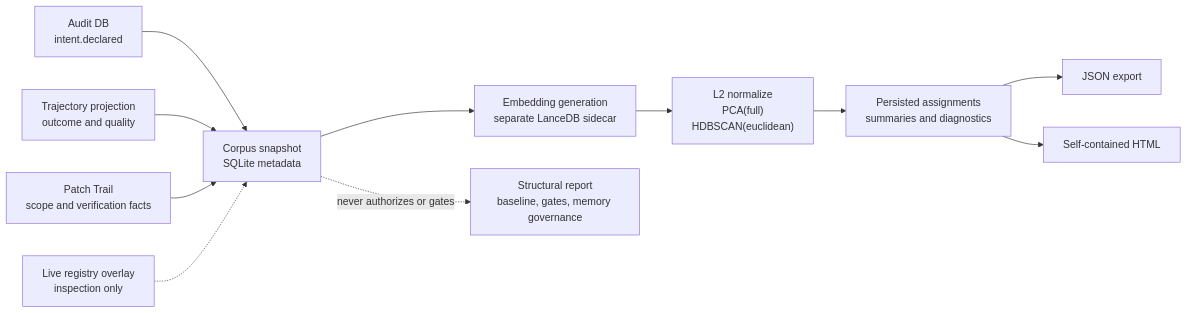
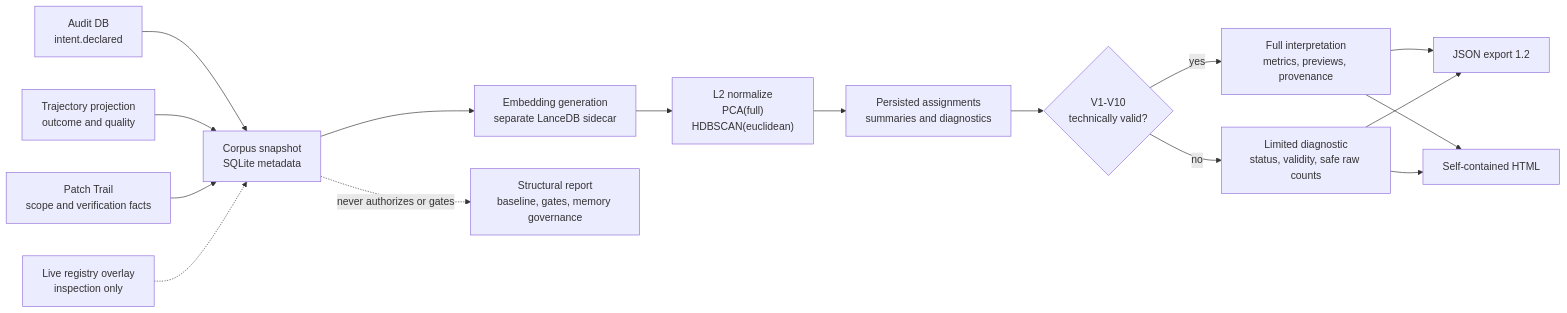
Before and after one commit to orenlab/codeclone: the first of 3 diagrams in docs/book/27-corpus-analytics.md, drawn with Mermaid. The commit also changed other lines of this file and 19 other files, not shown here.

````diff
--- a/docs/book/27-corpus-analytics.md
+++ b/docs/book/27-corpus-analytics.md
@@ -20,13 +23,18 @@
 ```mermaid
 flowchart LR
     A["Audit DB<br/>intent.declared"] --> S["Corpus snapshot<br/>SQLite metadata"]
     T["Trajectory projection<br/>outcome and quality"] --> S
     P["Patch Trail<br/>scope and verification facts"] --> S
     R["Live registry overlay<br/>inspection only"] -.-> S
     S --> E["Embedding generation<br/>separate LanceDB sidecar"]
     E --> C["L2 normalize<br/>PCA(full)<br/>HDBSCAN(euclidean)"]
     C --> D["Persisted assignments<br/>summaries and diagnostics"]
-    D --> J["JSON export"]
-    D --> H["Self-contained HTML"]
-    S -. "never authorizes or gates" .-> X["Structural report<br/>baseline, gates, memory governance"]
+    D --> V{"V1-V10<br/>technically valid?"}
+    V -->|" yes "| F["Full interpretation<br/>metrics, previews, provenance"]
+    V -->|" no "| L["Limited diagnostic<br/>status, validity, safe raw counts"]
+    F --> J["JSON export 1.2"]
+    F --> H["Self-contained HTML"]
+    L --> J
+    L --> H
+    S -. " never authorizes or gates " .-> X["Structural report<br/>baseline, gates, memory governance"]
 ```
````
